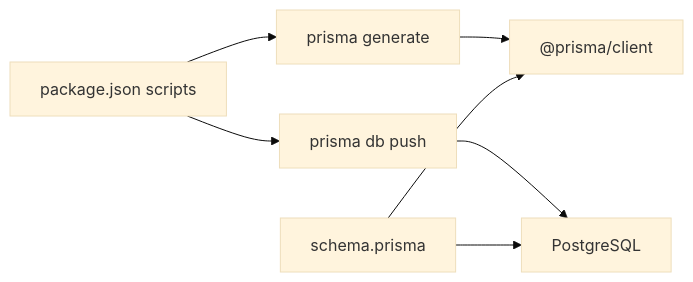
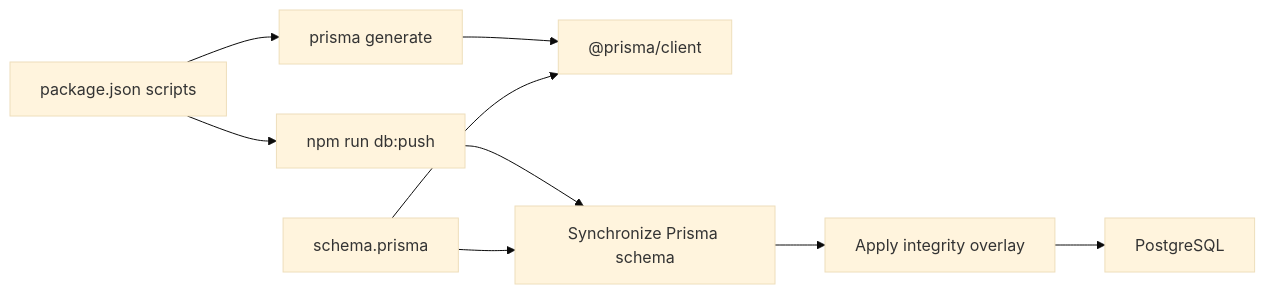
Before and after one commit to peixuanhu/goal-mate: the seventh of 7 diagrams in .qoder/repowiki/en/content/Database Schema/Database Schema.md, drawn with Mermaid (base theme). The commit also changed other lines of this file and 5 other files, not shown here.

````diff
--- a/.qoder/repowiki/en/content/Database Schema/Database Schema.md
+++ b/.qoder/repowiki/en/content/Database Schema/Database Schema.md
@@ -342,9 +342,11 @@
 ```mermaid
 graph LR
 PKG["package.json scripts"] --> GEN["prisma generate"]
-PKG --> PUSH["prisma db push"]
+PKG --> PUSH["npm run db:push"]
 GEN --> CLIENT["@prisma/client"]
-PUSH --> DB["PostgreSQL"]
+PUSH --> SYNC["Synchronize Prisma schema"]
+SYNC --> INTEGRITY["Apply integrity overlay"]
+INTEGRITY --> DB["PostgreSQL"]
 SCHEMA["schema.prisma"] --> CLIENT
-SCHEMA --> DB
+SCHEMA --> SYNC
 ```
````
